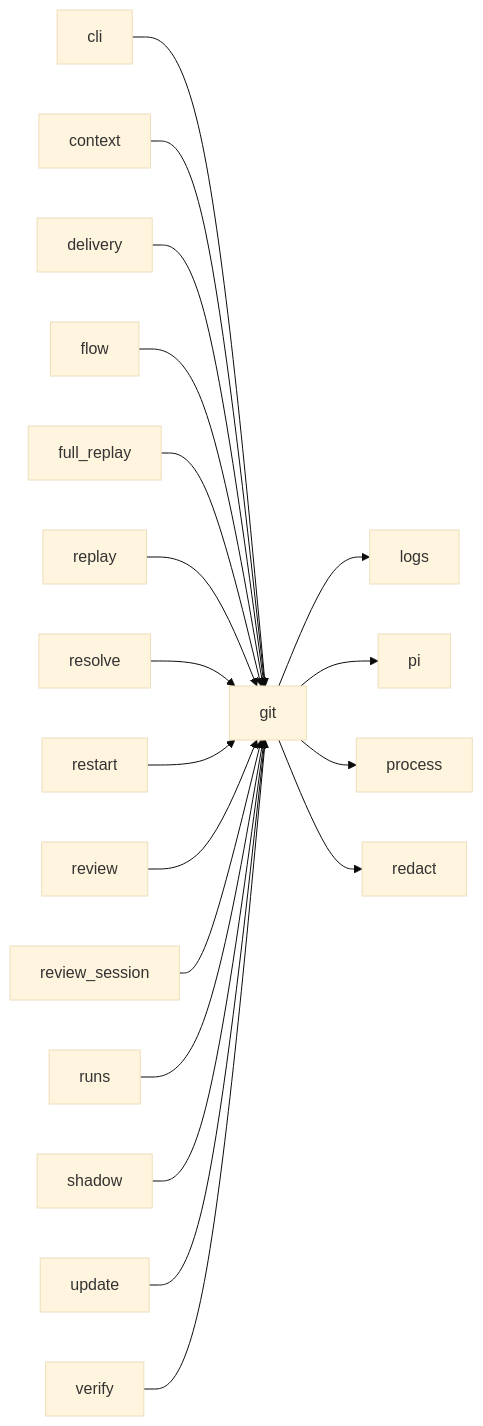
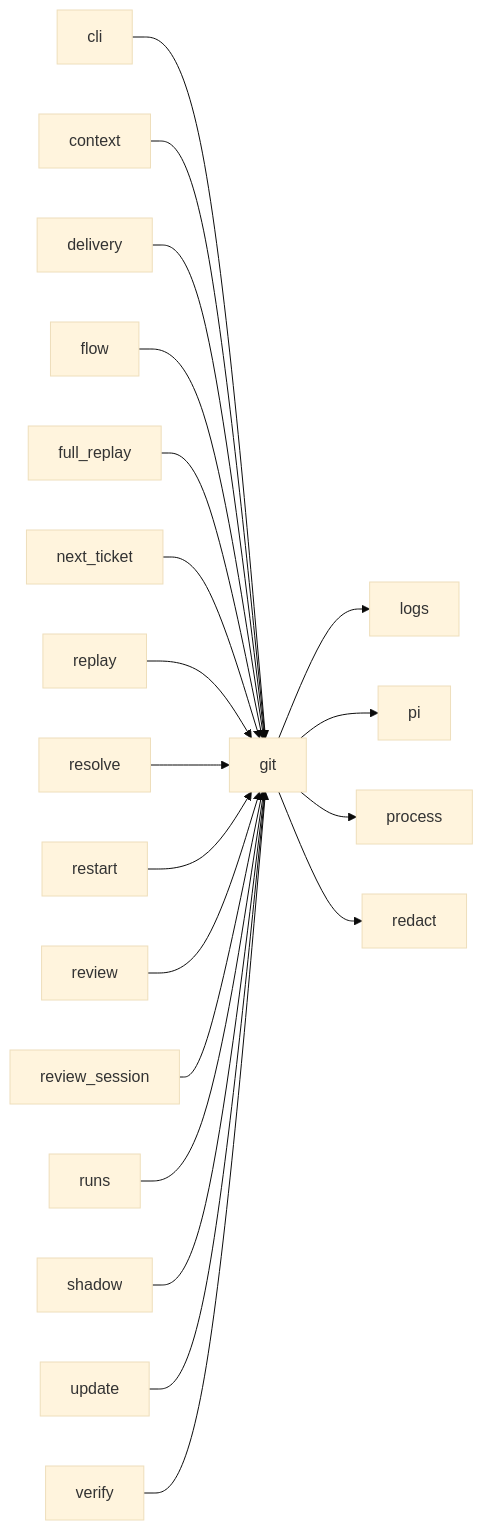
The third of 3 diagrams in docs/architecture/modules/git.md (plaplanche/ariane), drawn with Mermaid (base theme) before and after one commit. The commit also changed 42 other files, not shown here.

Commit message:
#223: ariane next: propose the next ticket that can start safely next to the running ones, start it on the owner's confirmation (C11, C22, C23)

````diff
--- a/docs/architecture/modules/git.md
+++ b/docs/architecture/modules/git.md
@@ -164,21 +164,22 @@
 ```mermaid
 flowchart LR
   cli --> git
   context --> git
   delivery --> git
   flow --> git
   full_replay --> git
   git --> logs
   git --> pi
   git --> process
   git --> redact
+  next_ticket --> git
   replay --> git
   resolve --> git
   restart --> git
   review --> git
   review_session --> git
   runs --> git
   shadow --> git
   update --> git
   verify --> git
 ```
````
